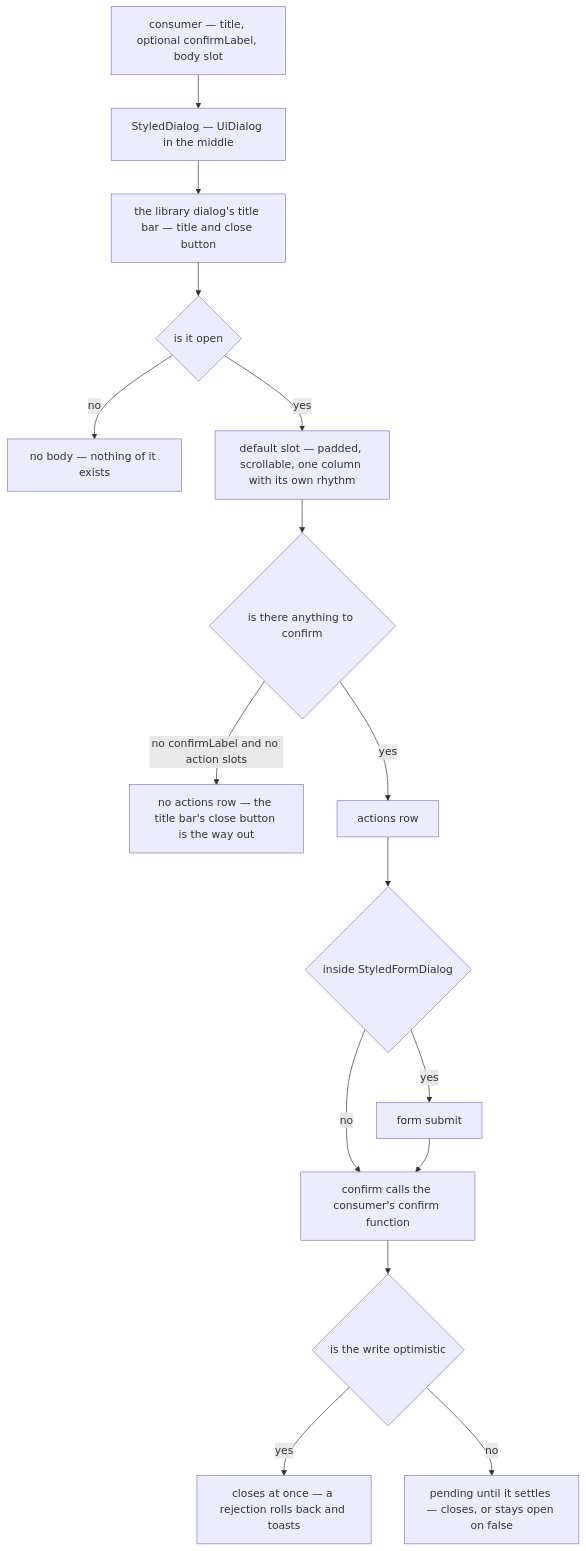
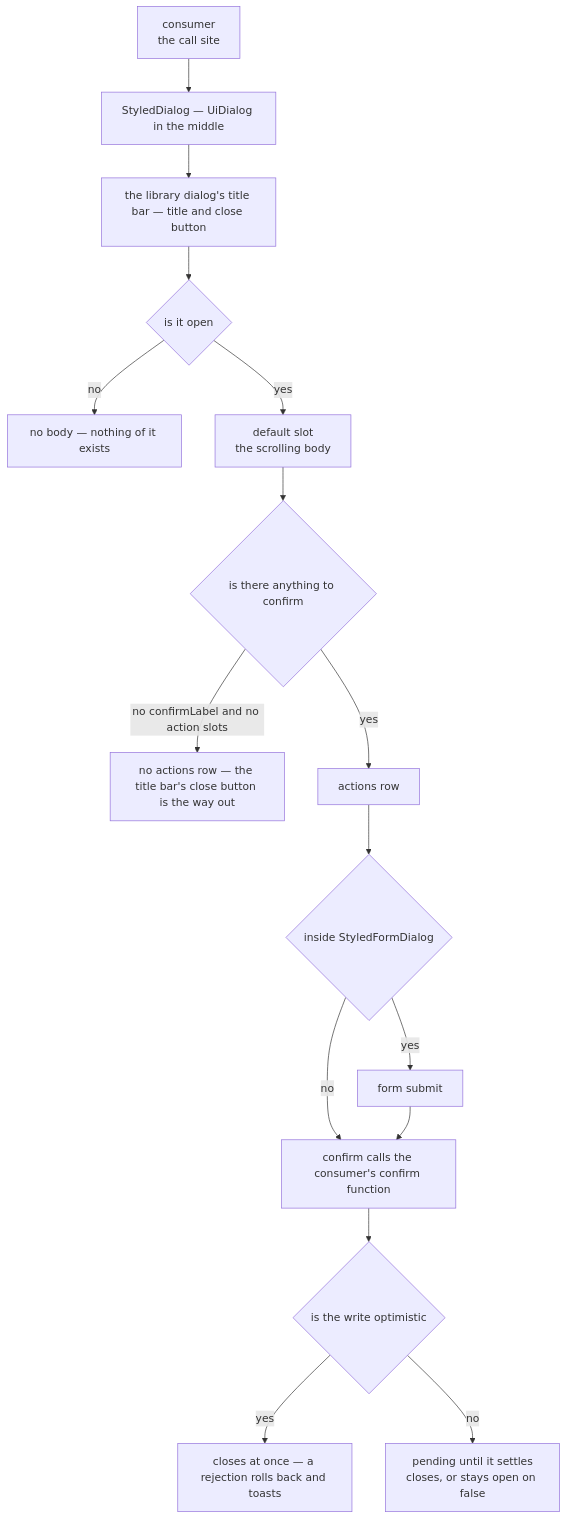
One commit to Esposter/Esposter changed the diagram in openspec/specs/architecture/dialog-shell/design.md. Above: the diagram before and after it, drawn with Mermaid. The commit also changed 3 other files, not shown here.

````diff
--- a/openspec/specs/architecture/dialog-shell/design.md
+++ b/openspec/specs/architecture/dialog-shell/design.md
@@ -11,18 +11,18 @@
 ```mermaid
 flowchart TD
-  CONSUMER["consumer — title, optional confirmLabel, body slot"] --> SHELL["StyledDialog — UiDialog in the middle"]
+  CONSUMER["consumer<br/>the call site"] --> SHELL["StyledDialog — UiDialog in the middle"]
   SHELL --> HEADER["the library dialog's title bar — title and close button"]
   HEADER --> OPEN{"is it open"}
   OPEN -->|"no"| NOTHING["no body — nothing of it exists"]
-  OPEN -->|"yes"| BODY["default slot — padded, scrollable, one column with its own rhythm"]
+  OPEN -->|"yes"| BODY["default slot<br/>the scrolling body"]
   BODY --> HASACTIONS{"is there anything to confirm"}
   HASACTIONS -->|"no confirmLabel and no action slots"| CLOSE["no actions row — the title bar's close button is the way out"]
   HASACTIONS -->|"yes"| ACTIONS["actions row"]
   ACTIONS --> FORM{"inside StyledFormDialog"}
   FORM -->|"no"| ANSWER["confirm calls the consumer's confirm function"]
   FORM -->|"yes"| SUBMIT["form submit"]
   SUBMIT --> ANSWER
   ANSWER --> MODE{"is the write optimistic"}
   MODE -->|"yes"| GONE["closes at once — a rejection rolls back and toasts"]
-  MODE -->|"no"| PENDING["pending until it settles — closes, or stays open on false"]
+  MODE -->|"no"| PENDING["pending until it settles<br/>closes, or stays open on false"]
 ```
````
